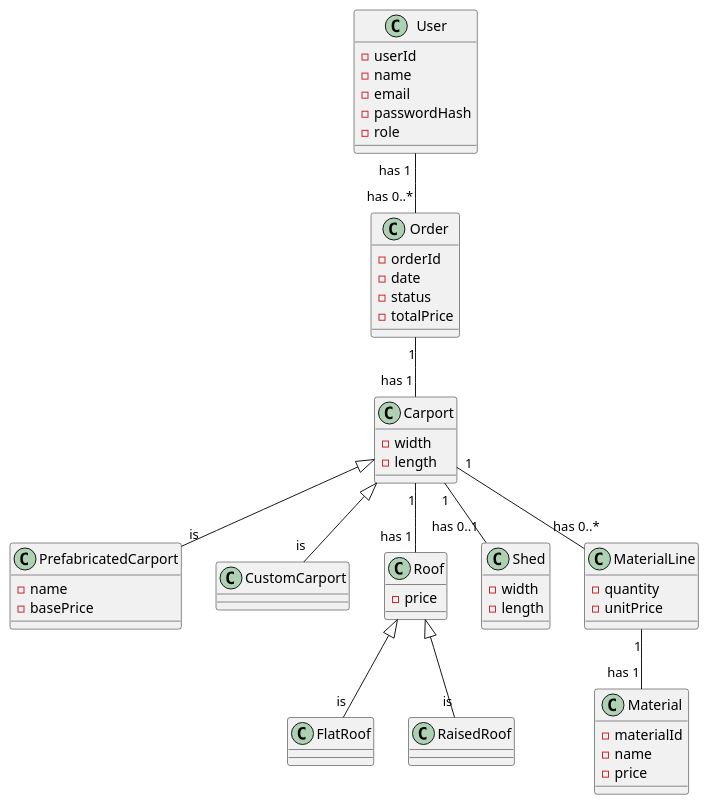
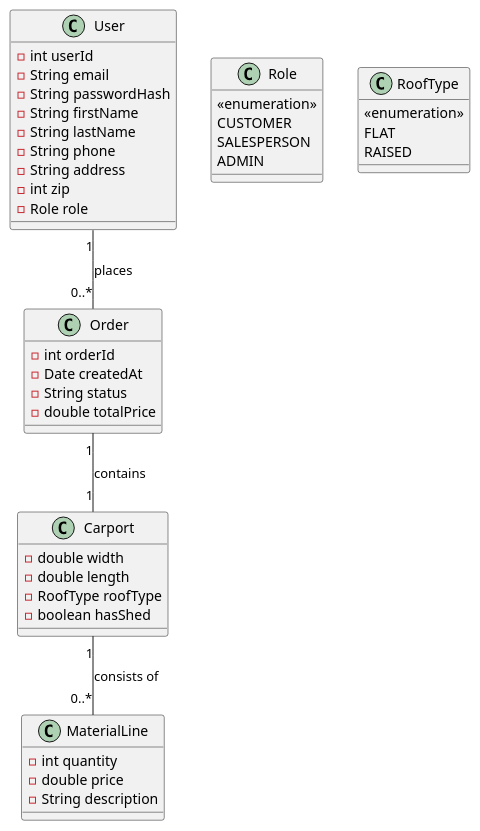
One commit to EmilOzel/Carport-FOG changed the diagram in src/main/resources/uml/DomainModel-Carport.puml. Above: the diagram before and after it, drawn with PlantUML. The commit also changed 3 other files, not shown here.

```diff
--- a/src/main/resources/uml/DomainModel-Carport.puml
+++ b/src/main/resources/uml/DomainModel-Carport.puml
@@ -1,69 +1,52 @@
 @startuml
 
 class User {
-- userId
-- name
-- email
-- passwordHash
-- role
+    - int userId
+    - String email
+    - String passwordHash
+    - String firstName
+    - String lastName
+    - String phone
+    - String address
+    - int zip
+    - Role role
 }
 
 class Order {
-- orderId
-- date
-- status
-- totalPrice
+    - int orderId
+    - Date createdAt
+    - String status
+    - double totalPrice
 }
 
 class Carport {
-- width
-- length
-}
-
-class PrefabricatedCarport {
-- name
-- basePrice
-}
-
-class CustomCarport
-
-class Roof {
-- price
-}
-
-class FlatRoof {
-}
-class RaisedRoof {
-}
-
-class Shed {
-- width
-- length
+    - double width
+    - double length
+    - RoofType roofType
+    - boolean hasShed
 }
 
 class MaterialLine {
-- quantity
-- unitPrice
+    - int quantity
+    - double price
+    - String description
 }
 
-class Material {
-- materialId
-- name
-- price
+class Role {
+    <<enumeration>>
+    CUSTOMER
+    SALESPERSON
+    ADMIN
 }
 
-User "has 1 " -- "has 0..*" Order
-Order "1" -- "has 1" Carport
+class RoofType {
+    <<enumeration>>
+    FLAT
+    RAISED
+}
 
-Carport "1" -- "has 1" Roof
-Carport "1" -- "has 0..1" Shed
-Carport "1" -- "has 0..*" MaterialLine
-MaterialLine "1" -- "has 1" Material
-
-Carport <|-- "is "PrefabricatedCarport
-Carport <|-- "is "CustomCarport
-
-Roof <|-- "is"FlatRoof
-Roof <|-- "is"RaisedRoof
+User "1" -- "0..*" Order : places
+Order "1" -- "1" Carport : contains
+Carport "1" -- "0..*" MaterialLine : consists of
 
 @enduml
```
